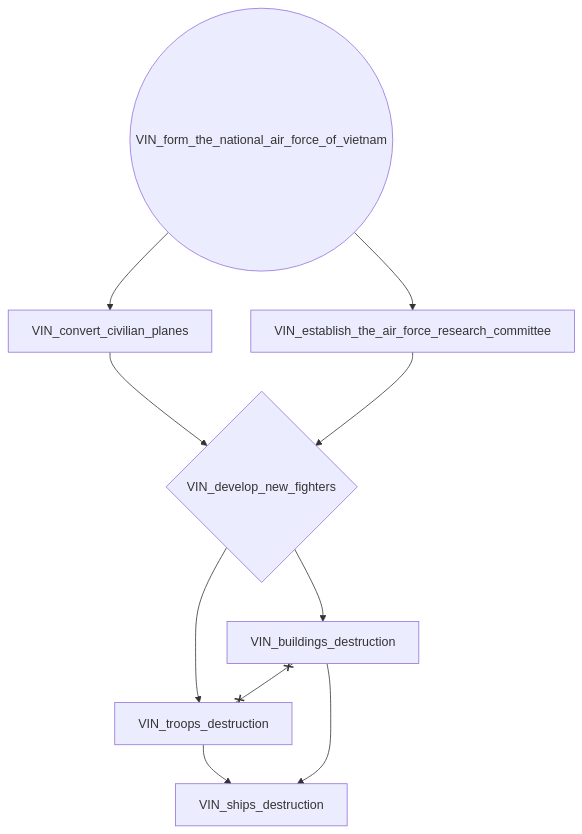
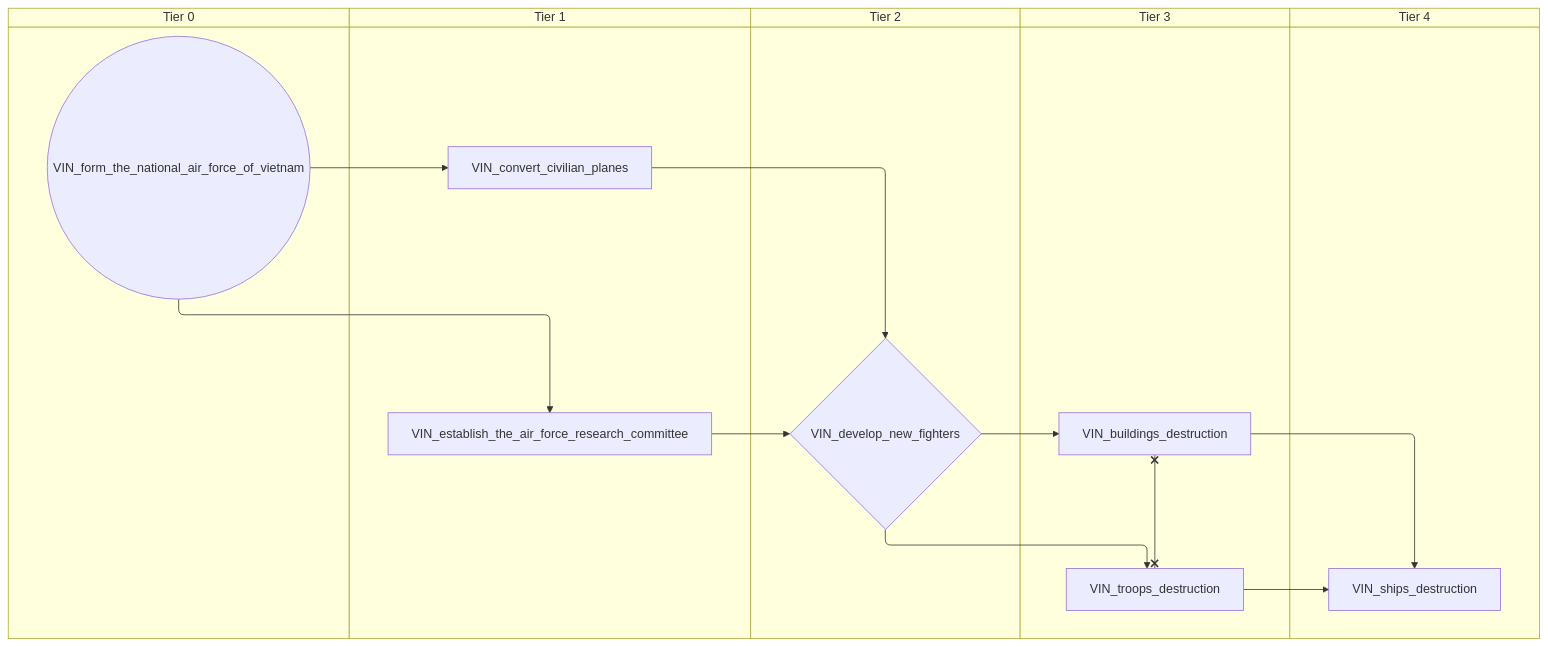
The fourth of 8 diagrams in docs/gdd/National Focuses/Vietnam.md (evgeny-sobol/hoi4-sandbox-mode-r56), drawn with Mermaid before and after one commit. The commit also changed other lines of this file and 423 other files, not shown here.

First line of the commit message:
Re-export Rt56 focus trees as swimlane diagrams

````diff
--- a/docs/gdd/National Focuses/Vietnam.md
+++ b/docs/gdd/National Focuses/Vietnam.md
@@ -117,19 +151,29 @@
 ```mermaid
-flowchart TD
-    n42["VIN_buildings_destruction"]
-    n43["VIN_convert_civilian_planes"]
-    n44{"VIN_develop_new_fighters"}
-    n45["VIN_establish_the_air_force_research_committee"]
-    n46(("VIN_form_the_national_air_force_of_vietnam"))
-    n47["VIN_ships_destruction"]
-    n48["VIN_troops_destruction"]
-    n44 --> n42
-    n46 --> n43
-    n43 --> n44
-    n45 --> n44
-    n46 --> n45
-    n48 --> n47
-    n42 --> n47
-    n44 --> n48
-    n42 x--x n48
+swimlane-beta TD
+    subgraph tier_0["Tier 0"]
+        n42(("VIN_form_the_national_air_force_of_vietnam"))
+    end
+    subgraph tier_1["Tier 1"]
+        n43["VIN_convert_civilian_planes"]
+        n44["VIN_establish_the_air_force_research_committee"]
+    end
+    subgraph tier_2["Tier 2"]
+        n45{"VIN_develop_new_fighters"}
+    end
+    subgraph tier_3["Tier 3"]
+        n46["VIN_buildings_destruction"]
+        n47["VIN_troops_destruction"]
+    end
+    subgraph tier_4["Tier 4"]
+        n48["VIN_ships_destruction"]
+    end
+    n45 --> n46
+    n42 --> n43
+    n43 --> n45
+    n44 --> n45
+    n42 --> n44
+    n47 --> n48
+    n46 --> n48
+    n45 --> n47
+    n46 x--x n47
 ```
````
